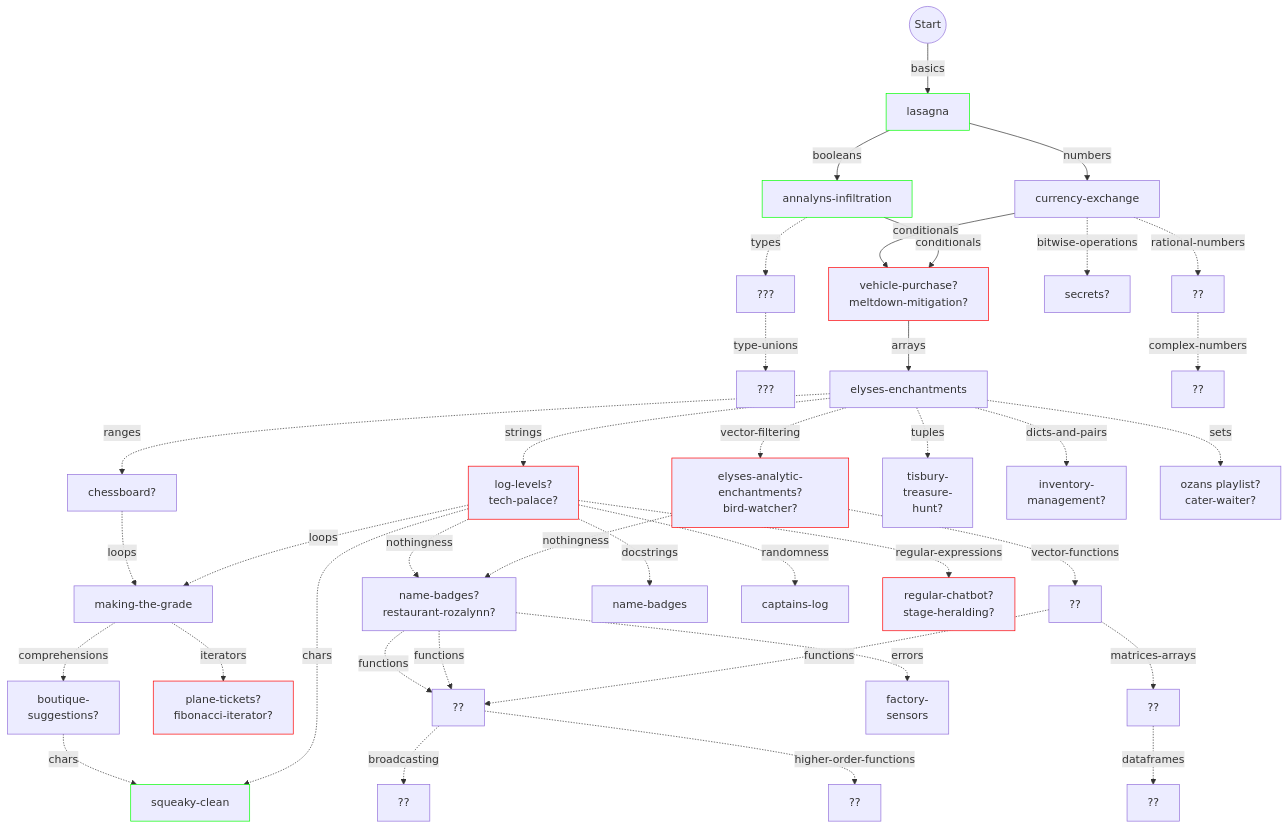
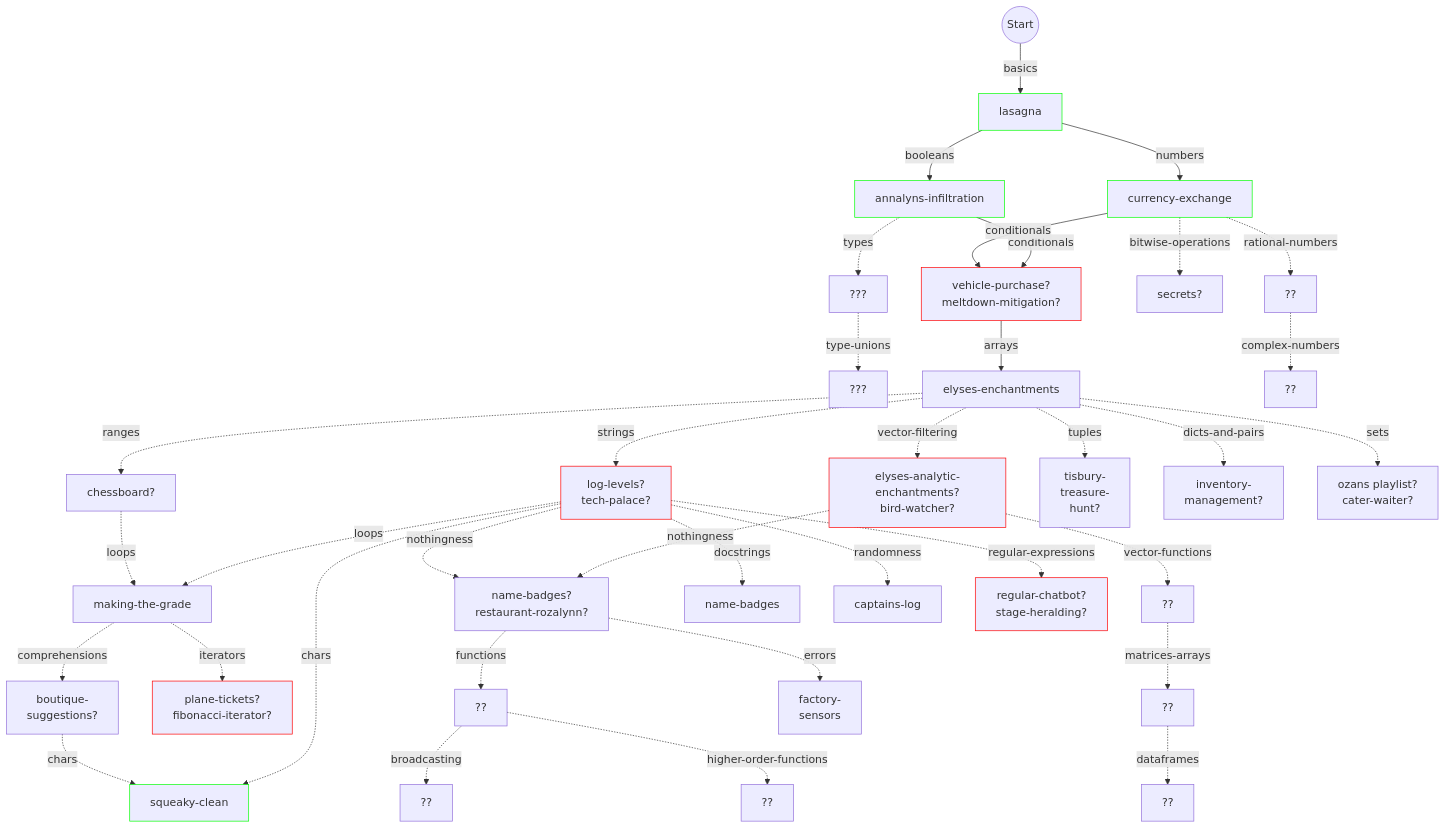
The diagram in julia/flowchart.md (colinleach/learning-track-doodles), drawn with Mermaid before and after one commit.

Commit message:
corrections

```diff
--- a/julia/flowchart.md
+++ b/julia/flowchart.md
@@ -20,7 +20,7 @@
 style booleans stroke:#0f0
 
 basics --numbers--> numbers["currency-exchange"]
-%% style numbers fill:#0f0
+style numbers stroke:#0f0
 
 booleans -.types.-> types["???"]
 %% style types fill:#0f0
@@ -64,9 +64,6 @@
 %% ranges -.iterators.-> iterators["plane-<br/>tickets?"]
 %% %% style iterators stroke:#0f0
 
-loops -.iterators.-> iterators["plane-tickets?<br/>fibonacci-iterator?"]
-style iterators stroke:#f00
-
 arrays -.dicts-and-pairs.-> dicts-and-pairs["inventory-<br/>management?"]
 %% style dicts-and-pairs stroke:#0f0
 
@@ -83,6 +80,9 @@
 style chars stroke:#0f0
 
 comprehensions -.chars.-> chars["squeaky-clean"]
+
+loops -.iterators.-> iterators["plane-tickets?<br/>fibonacci-iterator?"]
+style iterators stroke:#f00
 
 strings -.docstrings.-> docstrings["name-badges"]
 %% style docstrings stroke:#0f0
@@ -104,7 +104,8 @@
 
 matrices-arrays -.dataframes.-> dataframes["??"]
 
-vector-functions -.functions.-> functions["??"]
+%% vector-functions -.functions.-> functions["??"]
+
 nothingness -.functions.-> functions["??"]
 %% style functions fill:#f00,color:#fff
 
@@ -114,7 +115,6 @@
 functions -.higher-order-functions.-> higher-order-functions["??"]
 %% style higher-order-functions fill:#f00,color:#fff
 
-nothingness -.functions.-> functions["??"]
 
 nothingness -.errors.-> errors["factory-<br/>sensors "]
 
```
